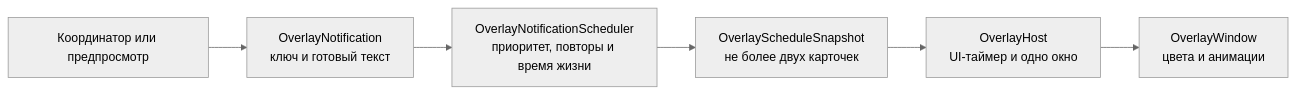
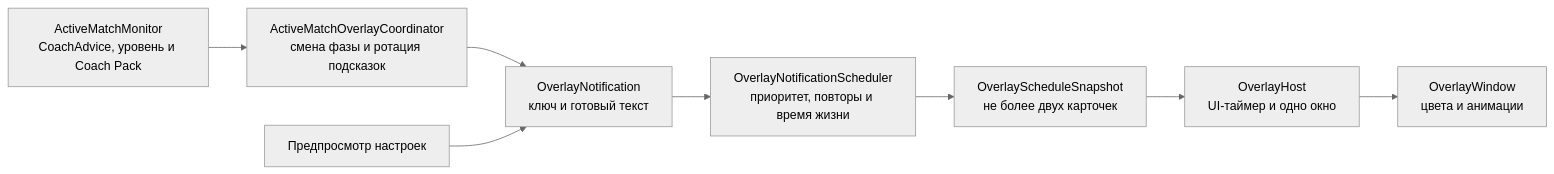
One commit to Deokti/TempoCue changed the diagram in docs/overlay.md. Above: the diagram before and after it, drawn with Mermaid (neutral theme). The commit also changed other lines of this file and 9 other files, not shown here.

````diff
--- a/docs/overlay.md
+++ b/docs/overlay.md
@@ -23,8 +29,10 @@
 ```mermaid
 flowchart LR
-    Producer["Координатор или предпросмотр"] --> Notification["OverlayNotification<br/>ключ и готовый текст"]
+    Monitor["ActiveMatchMonitor<br/>CoachAdvice, уровень и Coach Pack"] --> Coordinator["ActiveMatchOverlayCoordinator<br/>смена фазы и ротация подсказок"]
+    Coordinator --> Notification["OverlayNotification<br/>ключ и готовый текст"]
+    Preview["Предпросмотр настроек"] --> Notification
     Notification --> Scheduler["OverlayNotificationScheduler<br/>приоритет, повторы и время жизни"]
     Scheduler --> Snapshot["OverlayScheduleSnapshot<br/>не более двух карточек"]
     Snapshot --> Host["OverlayHost<br/>UI-таймер и одно окно"]
     Host --> Window["OverlayWindow<br/>цвета и анимации"]
 ```
````
